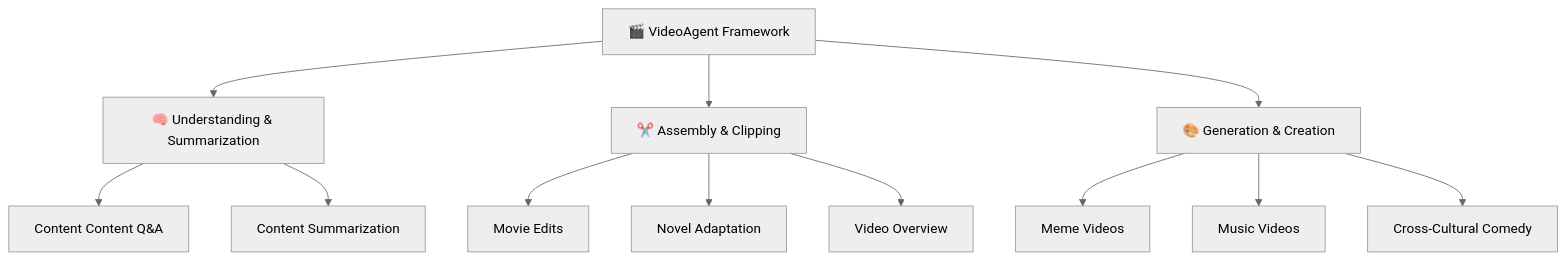
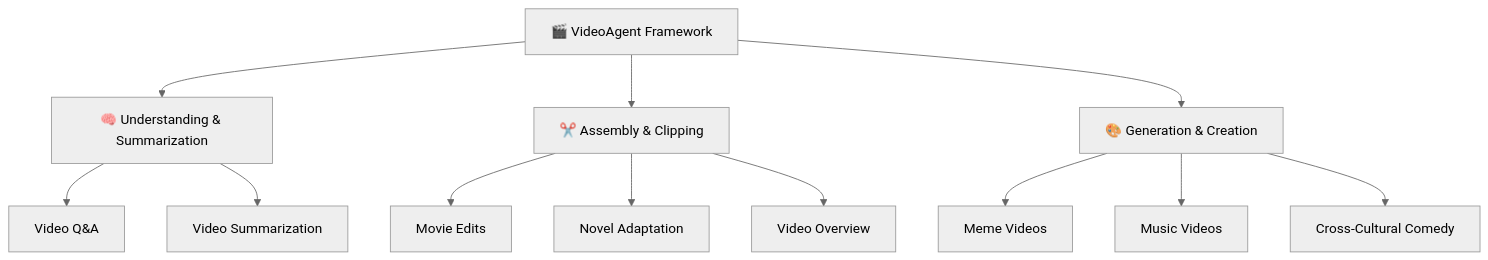
One commit to Quocadmin/VideoAgent changed the diagram in readme.md. Above: the diagram before and after it, drawn with Mermaid (neutral theme).

````diff
--- a/readme.md
+++ b/readme.md
@@ -62,17 +62,17 @@
 ```mermaid
 graph TB
     A[🎬 VideoAgent Framework] --> B[🧠 Understanding & Summarization]
     A --> C[✂️ Assembly & Clipping]
     A --> D[🎨 Generation & Creation]
     
-    B --> B1[Content Content Q&A]
-    B --> B2[Content Summarization]
+    B --> B1[Video Q&A]
+    B --> B2[Video Summarization]
     
     C --> C1[Movie Edits]
     C --> C2[Novel Adaptation]
     C --> C3[Video Overview]
     
     D --> D1[Meme Videos]
     D --> D2[Music Videos]
     D --> D3[Cross-Cultural Comedy]
 ```
````
